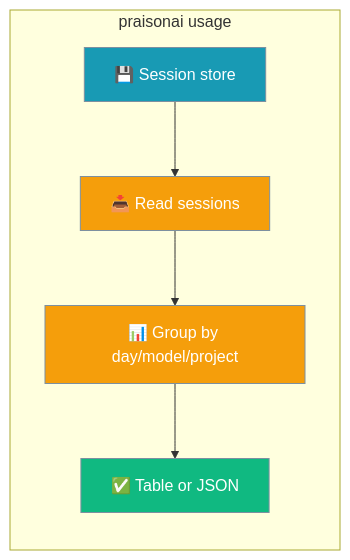
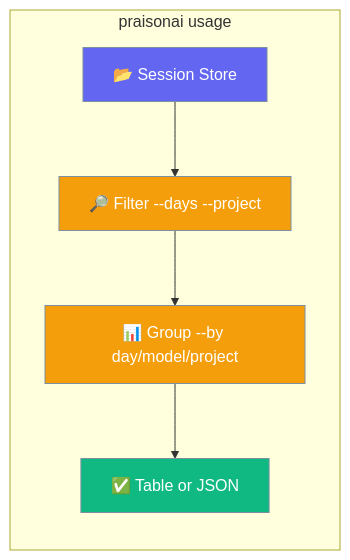
One commit to MervinPraison/PraisonAIDocs changed the first of 3 diagrams in docs/cli/usage.mdx. Above: the diagram before and after it, drawn with Mermaid. The commit also changed other lines of this file and 3 other files, not shown here.

````diff
--- a/docs/cli/usage.mdx
+++ b/docs/cli/usage.mdx
@@ -10,16 +10,16 @@
 ```mermaid
 graph LR
     subgraph "praisonai usage"
-        Store[💾 Session store] --> Read[📥 Read sessions]
-        Read --> Group[📊 Group by day/model/project]
-        Group --> Out[✅ Table or JSON]
+        A["📂 Session Store"] --> B["🔎 Filter --days --project"]
+        B --> C["📊 Group --by day/model/project"]
+        C --> D["✅ Table or JSON"]
     end
 
-    classDef store fill:#189AB4,stroke:#7C90A0,color:#fff
+    classDef input fill:#6366F1,stroke:#7C90A0,color:#fff
     classDef process fill:#F59E0B,stroke:#7C90A0,color:#fff
     classDef output fill:#10B981,stroke:#7C90A0,color:#fff
 
-    class Store store
-    class Read,Group process
-    class Out output
+    class A input
+    class B,C process
+    class D output
 ```
````
